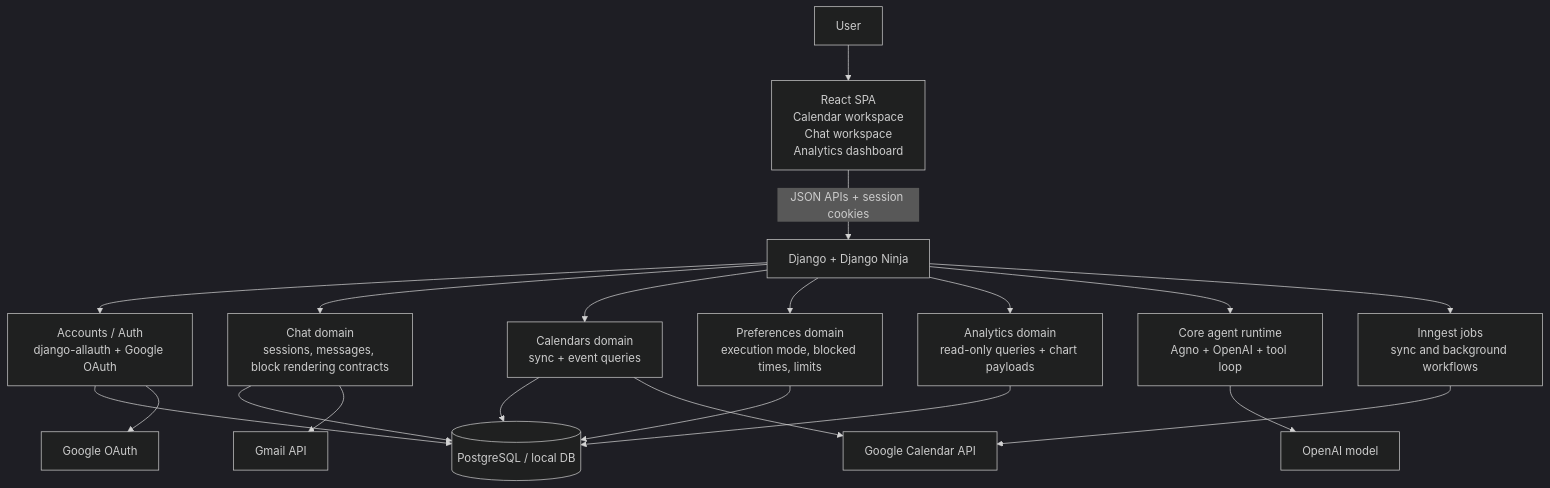
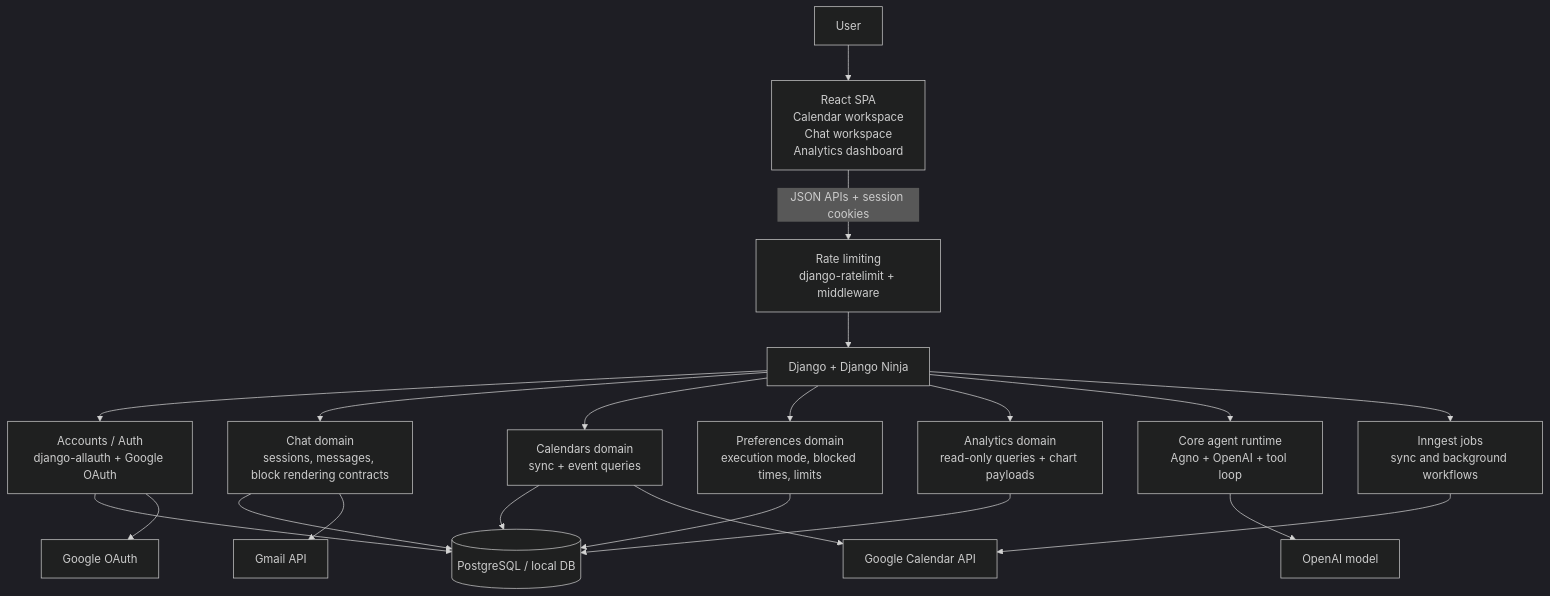
Before and after one commit to Uzzije/Cally: the first of 2 diagrams in README.md, drawn with Mermaid (dark theme). The commit also changed other lines of this file and 3 other files, not shown here.

````diff
--- a/README.md
+++ b/README.md
@@ -33,25 +33,26 @@
 ```mermaid
 flowchart TD
     U["User"] --> FE["React SPA<br/>Calendar workspace<br/>Chat workspace<br/>Analytics dashboard"]
-    FE -->|JSON APIs + session cookies| BFF["Django + Django Ninja"]
+    FE -->|JSON APIs + session cookies| RL["Rate limiting<br/>django-ratelimit + middleware"]
+    RL --> BFF["Django + Django Ninja"]
 
     BFF --> AUTH["Accounts / Auth<br/>django-allauth + Google OAuth"]
     BFF --> CHAT["Chat domain<br/>sessions, messages, block rendering contracts"]
     BFF --> CAL["Calendars domain<br/>sync + event queries"]
     BFF --> PREF["Preferences domain<br/>execution mode, blocked times, limits"]
     BFF --> AN["Analytics domain<br/>read-only queries + chart payloads"]
     BFF --> AG["Core agent runtime<br/>Agno + OpenAI + tool loop"]
     BFF --> BG["Inngest jobs<br/>sync and background workflows"]
 
     AUTH --> DB[("PostgreSQL / local DB")]
     CHAT --> DB
     CAL --> DB
     PREF --> DB
     AN --> DB
 
     CAL --> GC["Google Calendar API"]
     CHAT --> GM["Gmail API"]
     AUTH --> GO["Google OAuth"]
     AG --> LLM["OpenAI model"]
     BG --> GC
 ```
````
